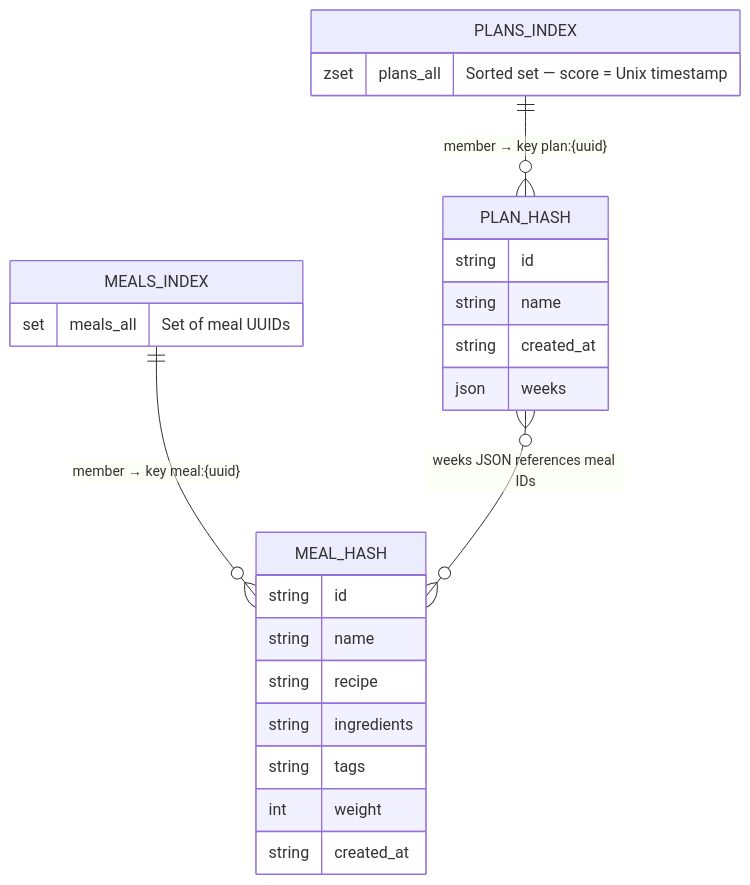
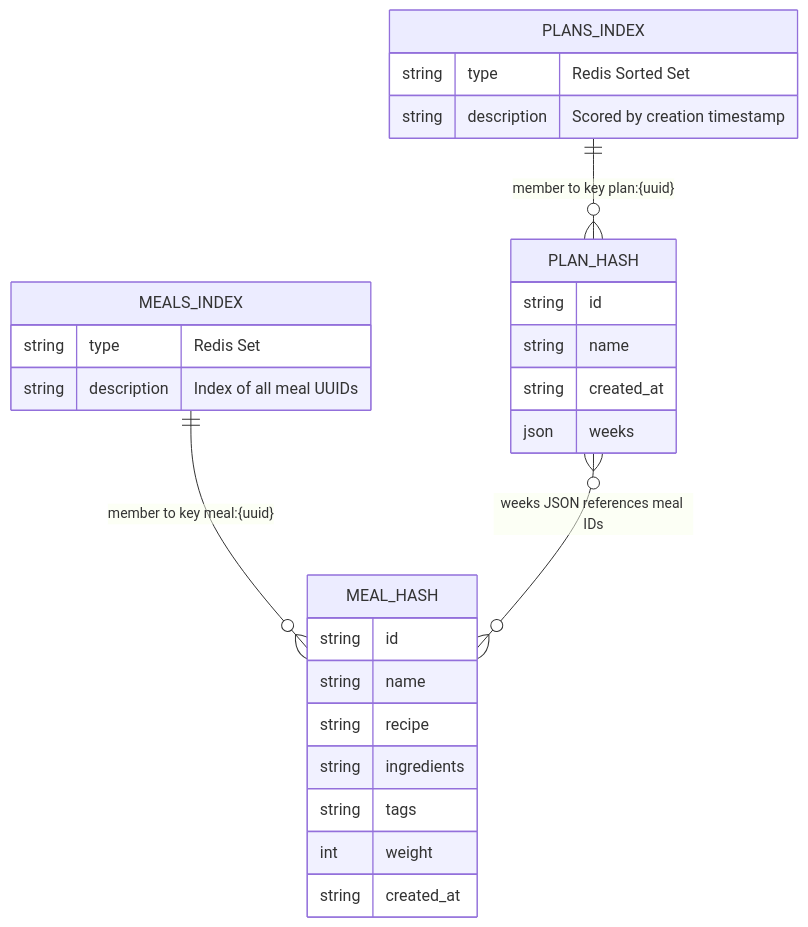
One commit to deilers/meal-planning changed the third of 6 diagrams in docs/architecture.md. Above: the diagram before and after it, drawn with Mermaid.

Commit message:
Fix ER diagram attribute types in architecture doc

````diff
--- a/docs/architecture.md
+++ b/docs/architecture.md
@@ -51,31 +51,33 @@
 ```mermaid
 erDiagram
     MEAL_HASH {
         string id
         string name
         string recipe
         string ingredients
         string tags
         int    weight
         string created_at
     }
 
     PLAN_HASH {
         string id
         string name
         string created_at
         json   weeks
     }
 
     MEALS_INDEX {
-        set meals_all "Set of meal UUIDs"
+        string type "Redis Set"
+        string description "Index of all meal UUIDs"
     }
 
     PLANS_INDEX {
-        zset plans_all "Sorted set — score = Unix timestamp"
+        string type "Redis Sorted Set"
+        string description "Scored by creation timestamp"
     }
 
-    MEALS_INDEX ||--o{ MEAL_HASH : "member → key meal:{uuid}"
-    PLANS_INDEX ||--o{ PLAN_HASH : "member → key plan:{uuid}"
+    MEALS_INDEX ||--o{ MEAL_HASH : "member to key meal:{uuid}"
+    PLANS_INDEX ||--o{ PLAN_HASH : "member to key plan:{uuid}"
     PLAN_HASH }o--o{ MEAL_HASH : "weeks JSON references meal IDs"
 ```
````
